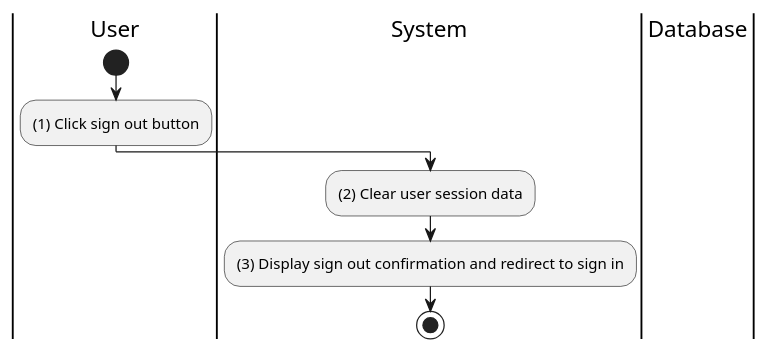
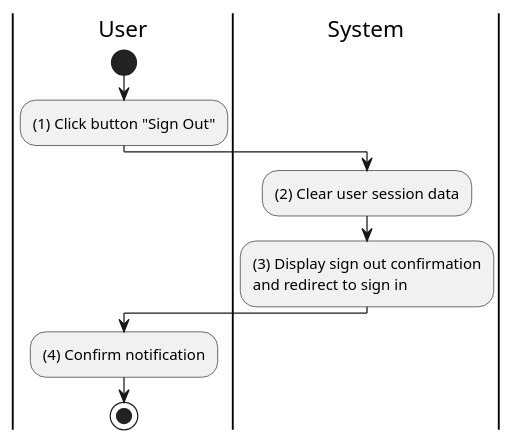
Before and after one commit to electricilies/electricilies.github.io: the diagram in docs/software-docs/activity/manage-account/sign-out.md, drawn with PlantUML. The commit also changed 47 other files, not shown here.

````diff
--- a/docs/software-docs/activity/manage-account/sign-out.md
+++ b/docs/software-docs/activity/manage-account/sign-out.md
@@ -3,16 +3,17 @@
 ```plantuml
 @startuml
 |U|User
 |S|System
-|D|Database
 
 |U|
 start
-:(1) Click sign out button;
+:(1) Click button "Sign Out";
 |S|
 :(2) Clear user session data;
-:(3) Display sign out confirmation and redirect to sign in;
+:(3) Display sign out confirmation 
+and redirect to sign in;
+|U|
+:(4) Confirm notification;
 stop
-
 @enduml
 ```
````
